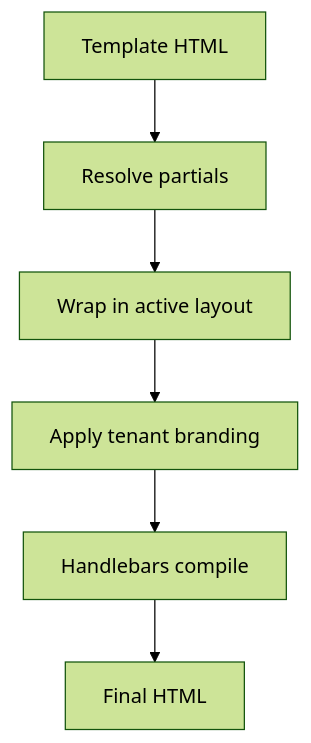
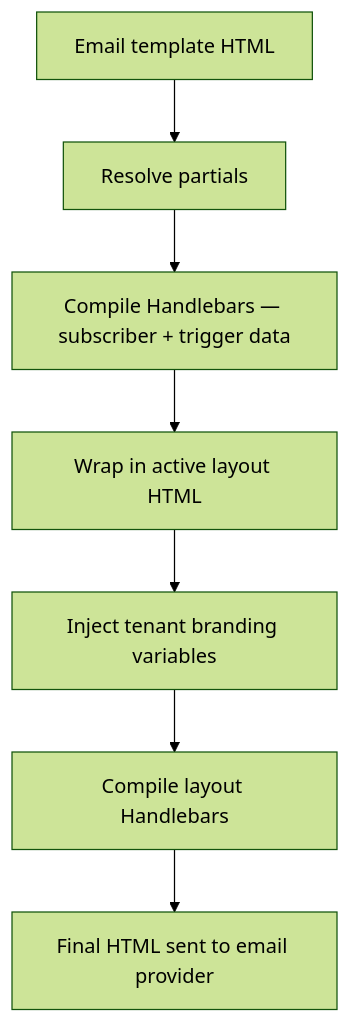
The diagram in content/docs/en/platform/features/email-layouts.mdx (KriyanshKhunt/nexus_docs), drawn with Mermaid (forest theme) before and after one commit. The commit also changed other lines of this file and 11 other files, not shown here.

````diff
--- a/content/docs/en/platform/features/email-layouts.mdx
+++ b/content/docs/en/platform/features/email-layouts.mdx
@@ -44,8 +77,9 @@
 ```mermaid
 flowchart TD
-  T[Template HTML] --> P[Resolve partials]
-  P --> L[Wrap in active layout]
-  L --> B[Apply tenant branding]
-  B --> H[Handlebars compile]
-  H --> Out[Final HTML]
+  T[Email template HTML] --> P[Resolve partials]
+  P --> C[Compile Handlebars — subscriber + trigger data]
+  C --> L[Wrap in active layout HTML]
+  L --> B[Inject tenant branding variables]
+  B --> H[Compile layout Handlebars]
+  H --> Out[Final HTML sent to email provider]
 ```
````
